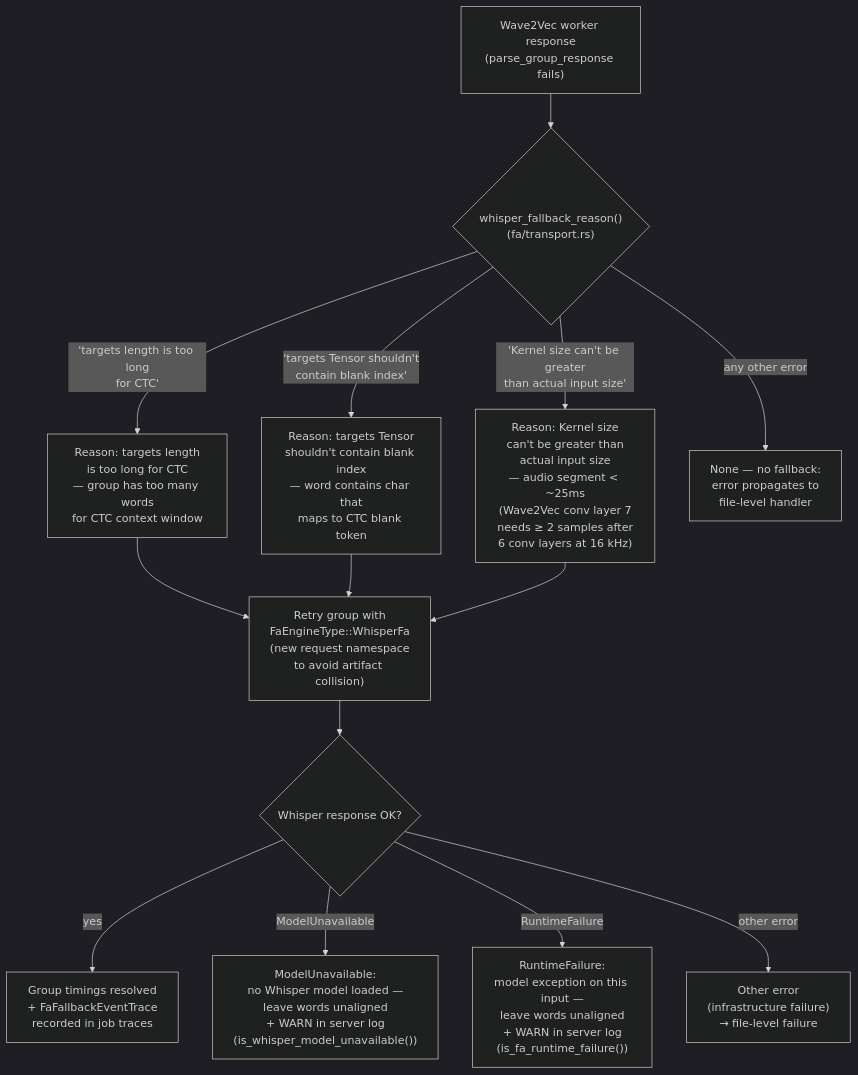
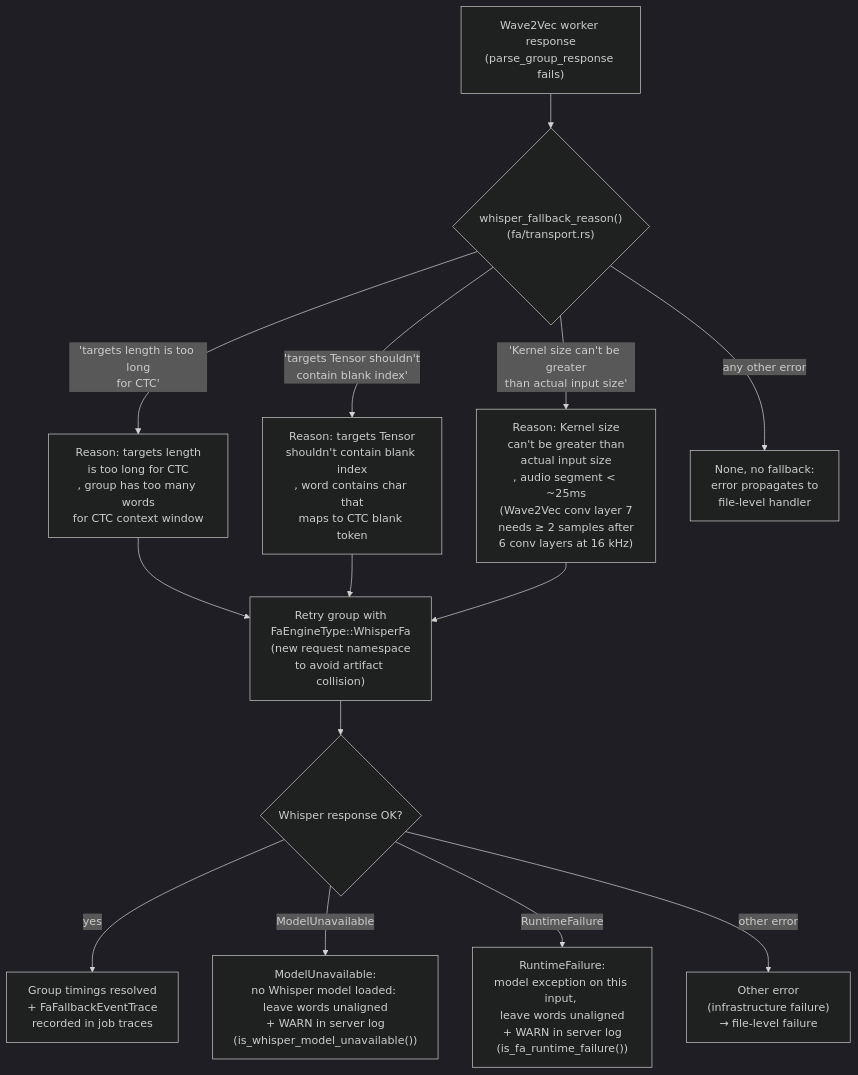
One commit to TalkBank/talkbank-tools changed the ninth of 13 diagrams in book/src/batchalign/reference/forced-alignment.md. Above: the diagram before and after it, drawn with Mermaid (dark theme). The commit also changed other lines of this file and 706 other files, not shown here.

````diff
--- a/book/src/batchalign/reference/forced-alignment.md
+++ b/book/src/batchalign/reference/forced-alignment.md
@@ -493,33 +493,33 @@
 ```mermaid
 flowchart TD
     w2v["Wave2Vec worker response\n(parse_group_response fails)"]
     reason{"whisper_fallback_reason()\n(fa/transport.rs)"}
 
     w2v --> reason
 
-    r1["Reason: targets length\nis too long for CTC\n— group has too many words\nfor CTC context window"]
-    r2["Reason: targets Tensor\nshouldn't contain blank index\n— word contains char that\nmaps to CTC blank token"]
-    r3["Reason: Kernel size\ncan't be greater than\nactual input size\n— audio segment &lt; ~25ms\n(Wave2Vec conv layer 7\nneeds ≥ 2 samples after\n6 conv layers at 16 kHz)"]
-    none["None — no fallback:\nerror propagates to\nfile-level handler"]
+    r1["Reason: targets length\nis too long for CTC\n, group has too many words\nfor CTC context window"]
+    r2["Reason: targets Tensor\nshouldn't contain blank index\n, word contains char that\nmaps to CTC blank token"]
+    r3["Reason: Kernel size\ncan't be greater than\nactual input size\n, audio segment &lt; ~25ms\n(Wave2Vec conv layer 7\nneeds ≥ 2 samples after\n6 conv layers at 16 kHz)"]
+    none["None, no fallback:\nerror propagates to\nfile-level handler"]
 
     reason -->|"'targets length is too long\nfor CTC'"| r1
     reason -->|"'targets Tensor shouldn't\ncontain blank index'"| r2
     reason -->|"'Kernel size can't be greater\nthan actual input size'"| r3
     reason -->|"any other error"| none
 
     whisper["Retry group with\nFaEngineType::WhisperFa\n(new request namespace\nto avoid artifact collision)"]
     fallback_ok["Group timings resolved\n+ FaFallbackEventTrace\nrecorded in job traces"]
     fallback_err{"Whisper response OK?"}
-    model_unavail_err["ModelUnavailable:\nno Whisper model loaded —\nleave words unaligned\n+ WARN in server log\n(is_whisper_model_unavailable())"]
-    runtime_fail_err["RuntimeFailure:\nmodel exception on this input —\nleave words unaligned\n+ WARN in server log\n(is_fa_runtime_failure())"]
+    model_unavail_err["ModelUnavailable:\nno Whisper model loaded: \nleave words unaligned\n+ WARN in server log\n(is_whisper_model_unavailable())"]
+    runtime_fail_err["RuntimeFailure:\nmodel exception on this input, \nleave words unaligned\n+ WARN in server log\n(is_fa_runtime_failure())"]
     other_whisper_err["Other error\n(infrastructure failure)\n→ file-level failure"]
 
     r1 --> whisper
     r2 --> whisper
     r3 --> whisper
     whisper --> fallback_err
     fallback_err -->|"yes"| fallback_ok
     fallback_err -->|"ModelUnavailable"| model_unavail_err
     fallback_err -->|"RuntimeFailure"| runtime_fail_err
     fallback_err -->|"other error"| other_whisper_err
 ```
````
